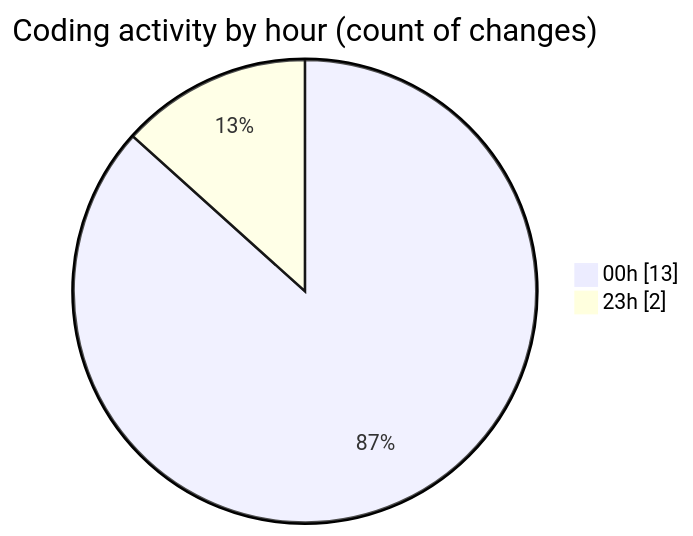
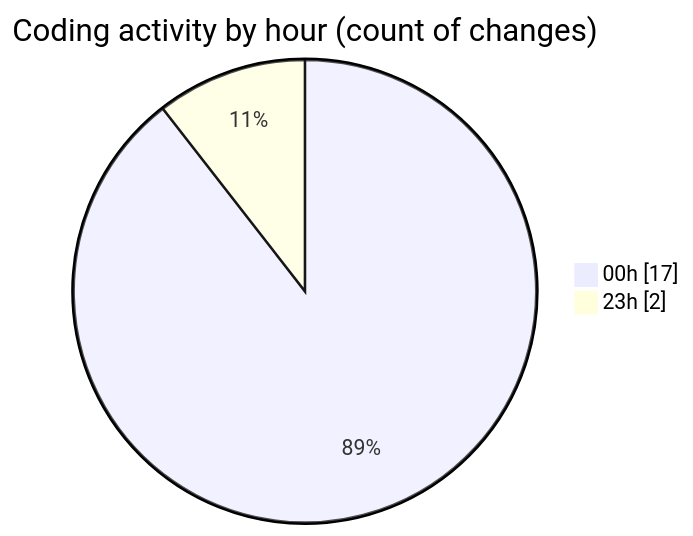
Before and after one commit to julien-gomy/code-tracking: the second of 2 diagrams in 2025-10-29/eventscop-frontend-guide__workspace_/README.md, drawn with Mermaid. The commit also changed other lines of this file and 1 other file, not shown here.

````diff
--- a/2025-10-29/eventscop-frontend-guide__workspace_/README.md
+++ b/2025-10-29/eventscop-frontend-guide__workspace_/README.md
@@ -37,6 +38,6 @@
 ```mermaid
 pie showData
 title Coding activity by hour (count of changes)
-"00h" : 13
+"00h" : 17
 "23h" : 2
 ```
````
